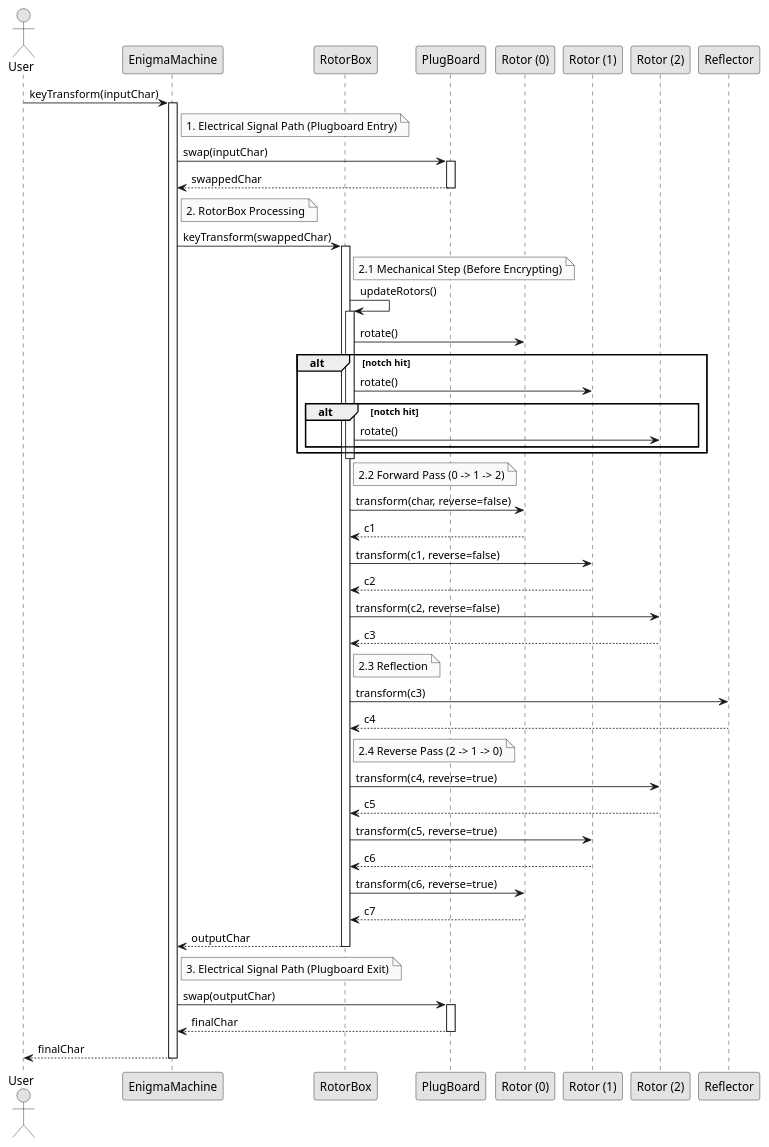
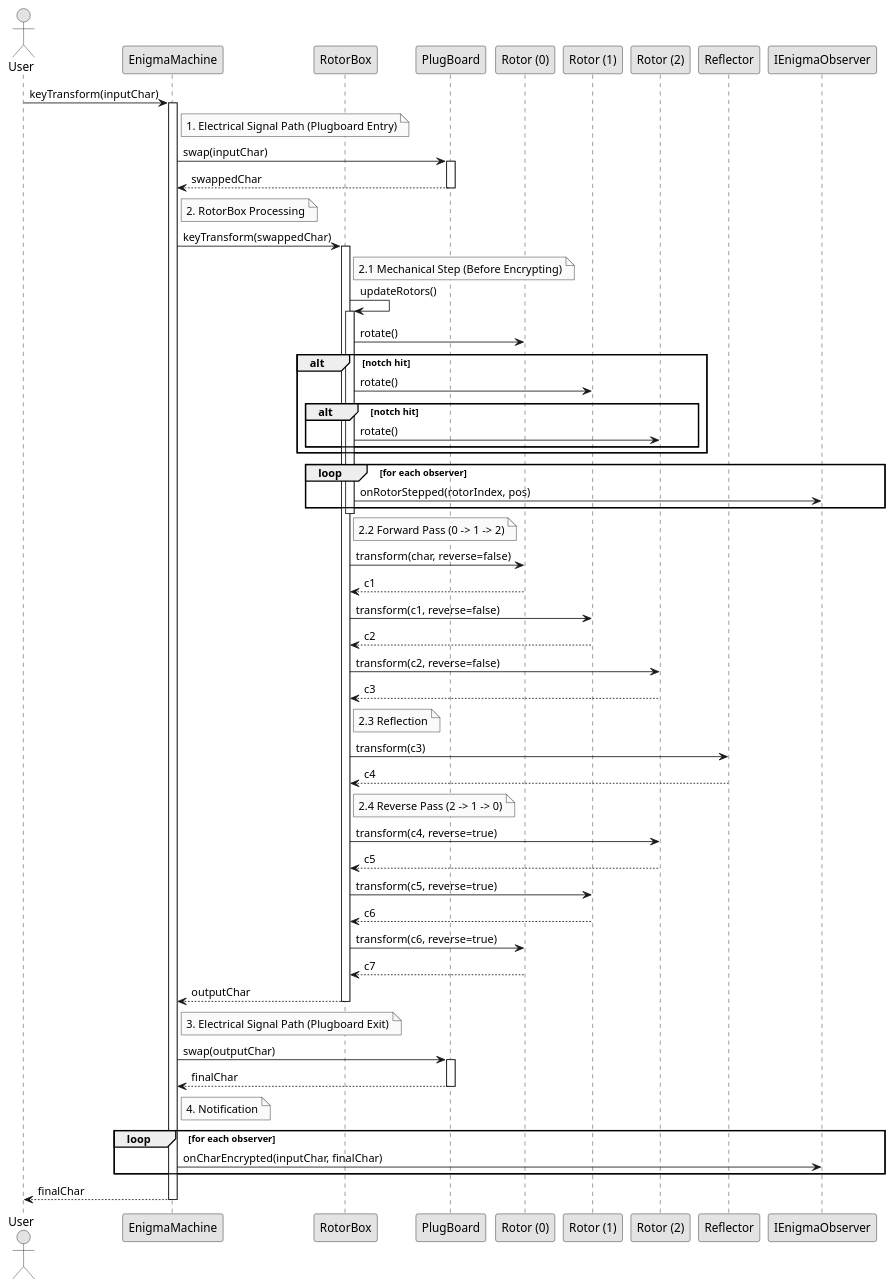
One commit to alvarocleite/EnigmaMachineCore changed the diagram in docs/diagrams/encryption_sequence.puml. Above: the diagram before and after it, drawn with PlantUML. The commit also changed 12 other files, not shown here.

```diff
--- a/docs/diagrams/encryption_sequence.puml
+++ b/docs/diagrams/encryption_sequence.puml
@@ -1,72 +1,83 @@
 @startuml Enigma_Encryption_Sequence_Diagram
 
 skinparam monochrome true
 skinparam responseMessageBelowArrow true
 
 actor User
 participant "EnigmaMachine" as EM
 participant "RotorBox" as RB
 participant "PlugBoard" as PB
 participant "Rotor (0)" as R0
 participant "Rotor (1)" as R1
 participant "Rotor (2)" as R2
 participant "Reflector" as REF
+participant "IEnigmaObserver" as OBS
 
 User -> EM: keyTransform(inputChar)
 activate EM
 
     note right of EM: 1. Electrical Signal Path (Plugboard Entry)
     EM -> PB: swap(inputChar)
     activate PB
     PB --> EM: swappedChar
     deactivate PB
 
     note right of EM: 2. RotorBox Processing
     EM -> RB: keyTransform(swappedChar)
     activate RB
 
         note right of RB: 2.1 Mechanical Step (Before Encrypting)
         RB -> RB: updateRotors()
         activate RB
             RB -> R0: rotate()
             alt notch hit
                 RB -> R1: rotate()
                 alt notch hit
                     RB -> R2: rotate()
                 end
+            end
+            
+            loop for each observer
+                RB -> OBS: onRotorStepped(rotorIndex, pos)
             end
         deactivate RB
         
         note right of RB: 2.2 Forward Pass (0 -> 1 -> 2)
         RB -> R0: transform(char, reverse=false)
         R0 --> RB: c1
         RB -> R1: transform(c1, reverse=false)
         R1 --> RB: c2
         RB -> R2: transform(c2, reverse=false)
         R2 --> RB: c3
 
         note right of RB: 2.3 Reflection
         RB -> REF: transform(c3)
         REF --> RB: c4
 
         note right of RB: 2.4 Reverse Pass (2 -> 1 -> 0)
         RB -> R2: transform(c4, reverse=true)
         R2 --> RB: c5
         RB -> R1: transform(c5, reverse=true)
         R1 --> RB: c6
         RB -> R0: transform(c6, reverse=true)
         R0 --> RB: c7
 
     RB --> EM: outputChar
     deactivate RB
 
     note right of EM: 3. Electrical Signal Path (Plugboard Exit)
     EM -> PB: swap(outputChar)
     activate PB
     PB --> EM: finalChar
     deactivate PB
 
+    note right of EM: 4. Notification
+    loop for each observer
+        EM -> OBS: onCharEncrypted(inputChar, finalChar)
+    end
+
 EM --> User: finalChar
 deactivate EM
 
+
 @enduml
```
